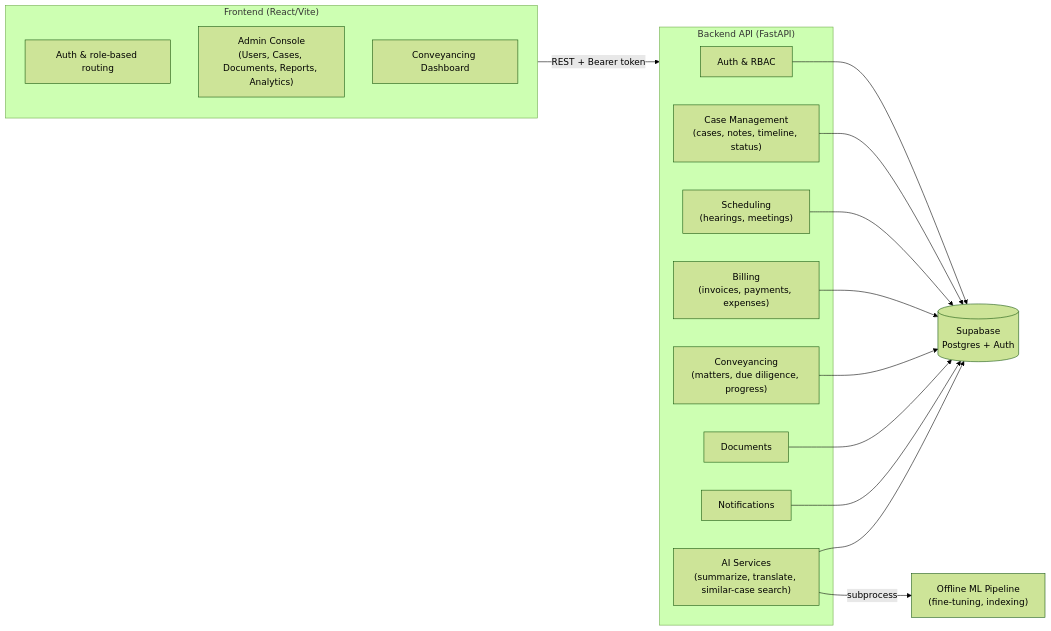
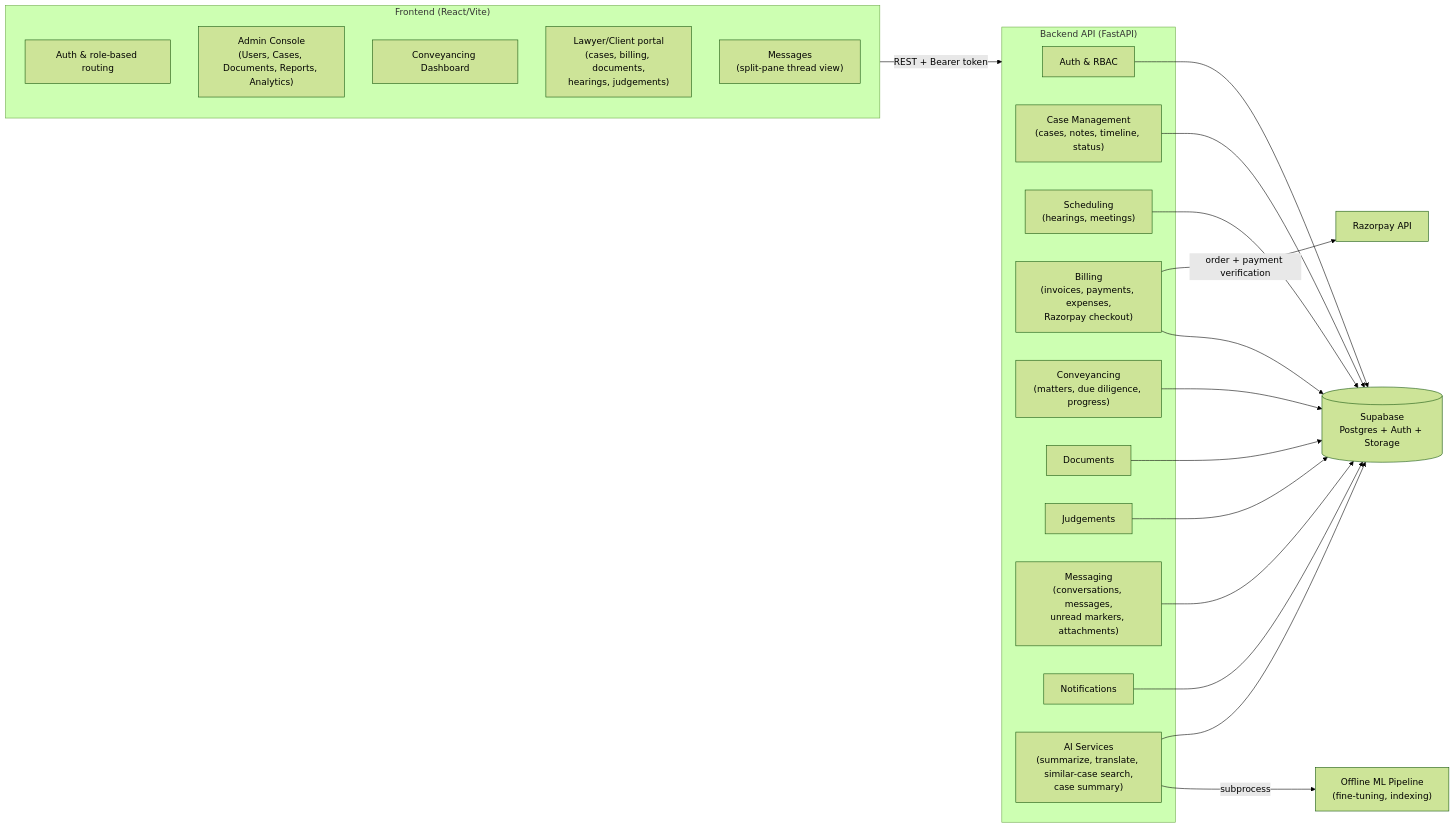
Before and after one commit to eyeofshreyas/BE-Project: the second of 5 diagrams in docs/HLD.md, drawn with Mermaid (forest theme). The commit also changed other lines of this file and 3 other files, not shown here.

First line of the commit message:
docs: bring HLD/LLD/architecture docs up to date with messaging, Razorpay, case AI summary

````diff
--- a/docs/HLD.md
+++ b/docs/HLD.md
@@ -33,33 +35,41 @@
 ```mermaid
 graph LR
     subgraph FE["Frontend (React/Vite)"]
         Auth_FE["Auth & role-based routing"]
         AdminConsole["Admin Console\n(Users, Cases, Documents, Reports, Analytics)"]
         Conveyancing_FE["Conveyancing Dashboard"]
+        Staff_FE["Lawyer/Client portal\n(cases, billing, documents,\nhearings, judgements)"]
+        Messages_FE["Messages\n(split-pane thread view)"]
     end
 
     subgraph BE["Backend API (FastAPI)"]
         AuthRBAC["Auth & RBAC"]
         CaseMgmt["Case Management\n(cases, notes, timeline, status)"]
         Scheduling["Scheduling\n(hearings, meetings)"]
-        BillingSvc["Billing\n(invoices, payments, expenses)"]
+        BillingSvc["Billing\n(invoices, payments, expenses,\nRazorpay checkout)"]
         ConvSvc["Conveyancing\n(matters, due diligence, progress)"]
         DocSvc["Documents"]
+        JudgeSvc["Judgements"]
+        MsgSvc["Messaging\n(conversations, messages,\nunread markers, attachments)"]
         NotifSvc["Notifications"]
-        AISvc["AI Services\n(summarize, translate, similar-case search)"]
+        AISvc["AI Services\n(summarize, translate, similar-case search,\ncase summary)"]
     end
 
-    DB[("Supabase\nPostgres + Auth")]
+    DB[("Supabase\nPostgres + Auth + Storage")]
     MLPipeline["Offline ML Pipeline\n(fine-tuning, indexing)"]
+    Razorpay["Razorpay API"]
 
     FE -->|REST + Bearer token| BE
     AuthRBAC --> DB
     CaseMgmt --> DB
     Scheduling --> DB
     BillingSvc --> DB
+    BillingSvc -->|order + payment verification| Razorpay
     ConvSvc --> DB
     DocSvc --> DB
+    JudgeSvc --> DB
+    MsgSvc --> DB
     NotifSvc --> DB
     AISvc -->|subprocess| MLPipeline
     AISvc --> DB
 ```
````
